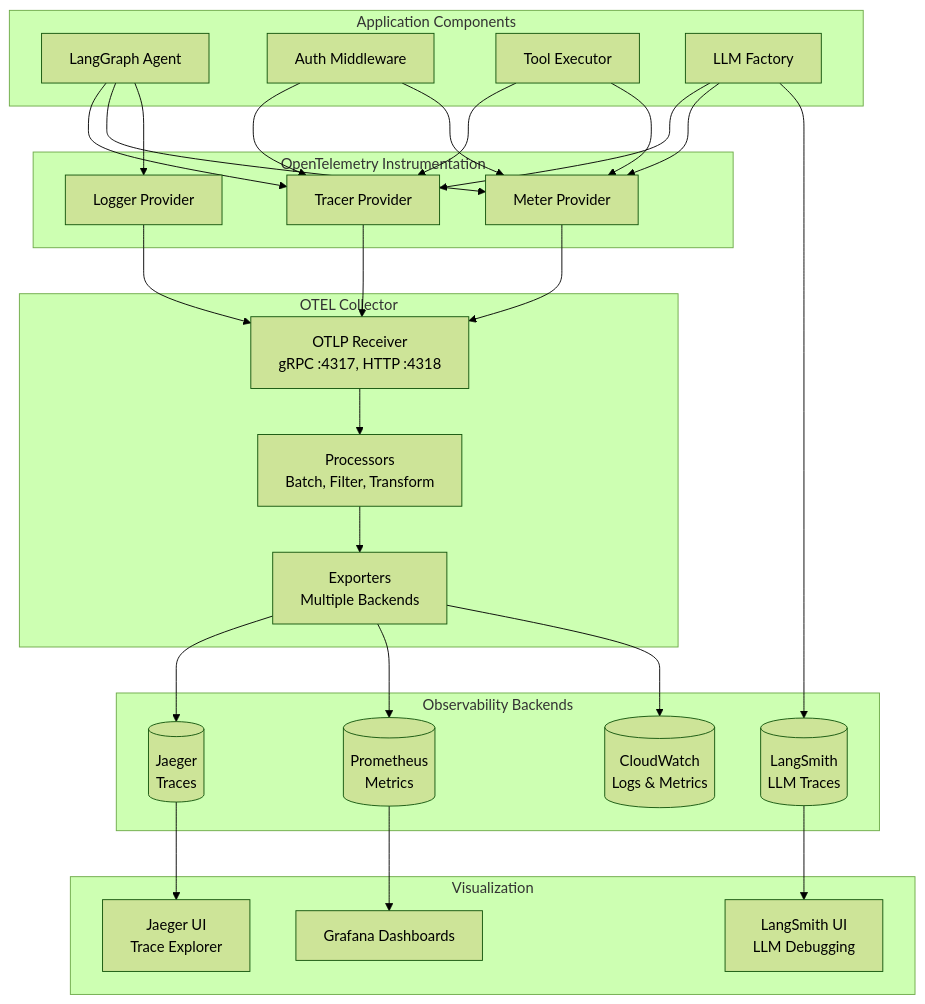
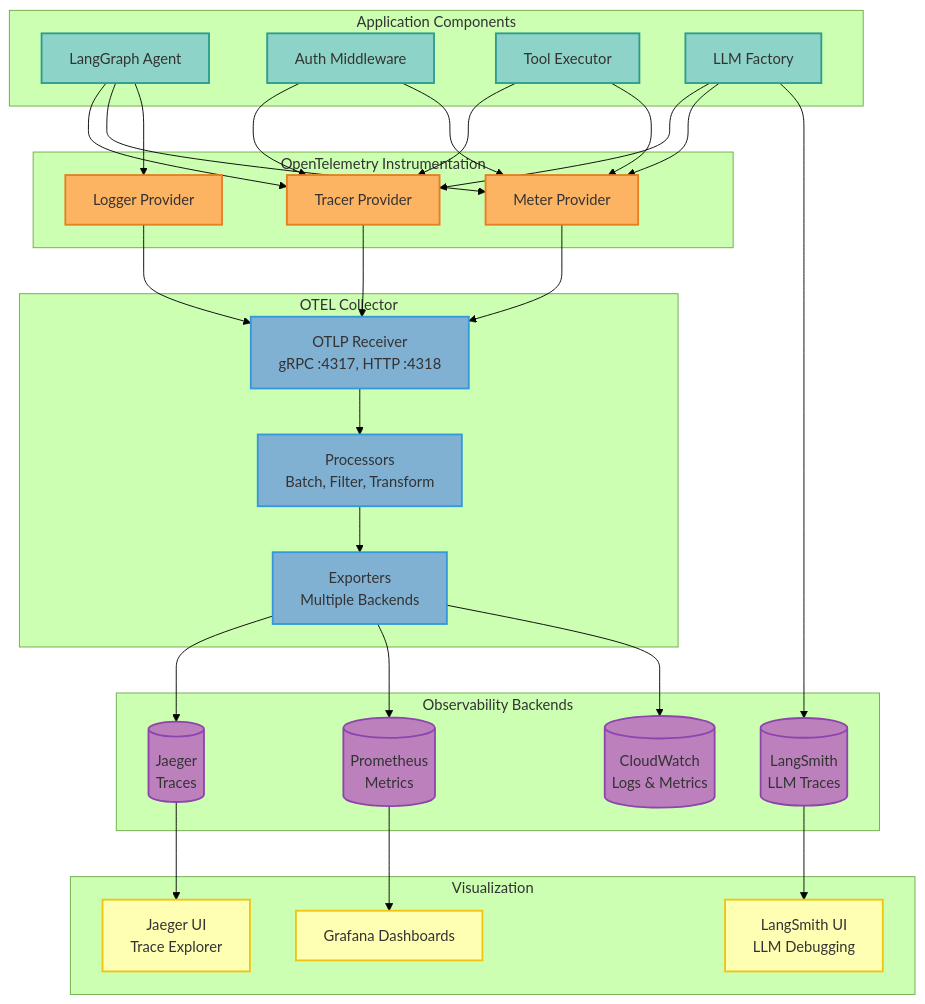
Before and after one commit to vishnu2kmohan/mcp-server-langgraph: the tenth of 10 diagrams in docs/diagrams/system-architecture.mdx, drawn with Mermaid (forest theme). The commit also changed other lines of this file, not shown here.

First line of the commit message:
docs: add ColorBrewer2 Set3 palette styling to 8 system architecture diagrams

````diff
--- a/docs/diagrams/system-architecture.mdx
+++ b/docs/diagrams/system-architecture.mdx
@@ -515,62 +606,74 @@
 ```mermaid
 flowchart TB
     subgraph Application["Application Components"]
         Agent[LangGraph Agent]
         Auth[Auth Middleware]
         Tools[Tool Executor]
         LLM[LLM Factory]
     end
 
     subgraph Instrumentation["OpenTelemetry Instrumentation"]
         TracerProvider[Tracer Provider]
         MeterProvider[Meter Provider]
         LoggerProvider[Logger Provider]
     end
 
     subgraph Collection["OTEL Collector"]
         Receiver[OTLP Receiver<br/>gRPC :4317, HTTP :4318]
         Processor[Processors<br/>Batch, Filter, Transform]
         Exporter[Exporters<br/>Multiple Backends]
     end
 
     subgraph Backends["Observability Backends"]
         Jaeger[(Jaeger<br/>Traces)]
         Prometheus[(Prometheus<br/>Metrics)]
         LangSmith[(LangSmith<br/>LLM Traces)]
         CloudWatch[(CloudWatch<br/>Logs & Metrics)]
     end
 
     subgraph Visualization["Visualization"]
         Grafana[Grafana Dashboards<br/&gt;4 dashboards, 100+ panels]
         JaegerUI[Jaeger UI<br/>Trace Explorer]
         LangSmithUI[LangSmith UI<br/>LLM Debugging]
     end
 
     %% Data Flow
     Agent --> TracerProvider
     Agent --> MeterProvider
     Agent --> LoggerProvider
     Auth --> TracerProvider
     Auth --> MeterProvider
     Tools --> TracerProvider
     Tools --> MeterProvider
     LLM --> TracerProvider
     LLM --> MeterProvider
     LLM --> LangSmith
 
     TracerProvider --> Receiver
     MeterProvider --> Receiver
     LoggerProvider --> Receiver
 
     Receiver --> Processor
     Processor --> Exporter
 
     Exporter --> Jaeger
     Exporter --> Prometheus
     Exporter --> CloudWatch
 
     Jaeger --> JaegerUI
     Prometheus --> Grafana
     LangSmith --> LangSmithUI
 
+    %% ColorBrewer2 Set3 palette - each component type uniquely colored
+    classDef appStyle fill:#8dd3c7,stroke:#2a9d8f,stroke-width:2px,color:#333
+    classDef instrumentStyle fill:#fdb462,stroke:#e67e22,stroke-width:2px,color:#333
+    classDef collectionStyle fill:#80b1d3,stroke:#3498db,stroke-width:2px,color:#333
+    classDef backendStyle fill:#bc80bd,stroke:#8e44ad,stroke-width:2px,color:#333
+    classDef vizStyle fill:#ffffb3,stroke:#f1c40f,stroke-width:2px,color:#333
+
+    class Agent,Auth,Tools,LLM appStyle
+    class TracerProvider,MeterProvider,LoggerProvider instrumentStyle
+    class Receiver,Processor,Exporter collectionStyle
+    class Jaeger,Prometheus,LangSmith,CloudWatch backendStyle
+    class Grafana,JaegerUI,LangSmithUI vizStyle
 ```
````
